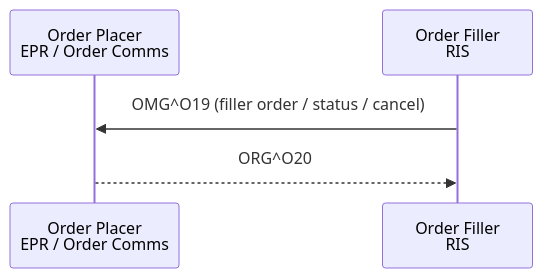
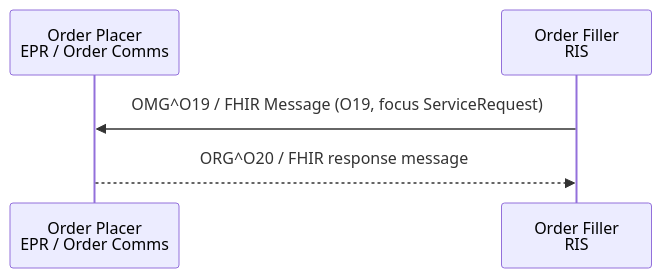
One commit to KevinMayfield/Imaging changed the diagram in input/pagecontent/RAD-3.md. Above: the diagram before and after it, drawn with Mermaid. The commit also changed other lines of this file and 8 other files, not shown here.

First line of the commit message:
Add RAD-128 FHIR mapping and Imaging Order (O19) FHIR Message

````diff
--- a/input/pagecontent/RAD-3.md
+++ b/input/pagecontent/RAD-3.md
@@ -30,7 +30,7 @@
 ```mermaid
 sequenceDiagram
     participant OP as Order Placer<br/>EPR / Order Comms
     participant OF as Order Filler<br/>RIS
-    OF ->> OP: OMG^O19 (filler order / status / cancel)
-    OP -->> OF: ORG^O20
+    OF ->> OP: OMG^O19 / FHIR Message (O19, focus ServiceRequest)
+    OP -->> OF: ORG^O20 / FHIR response message
 ```
````
